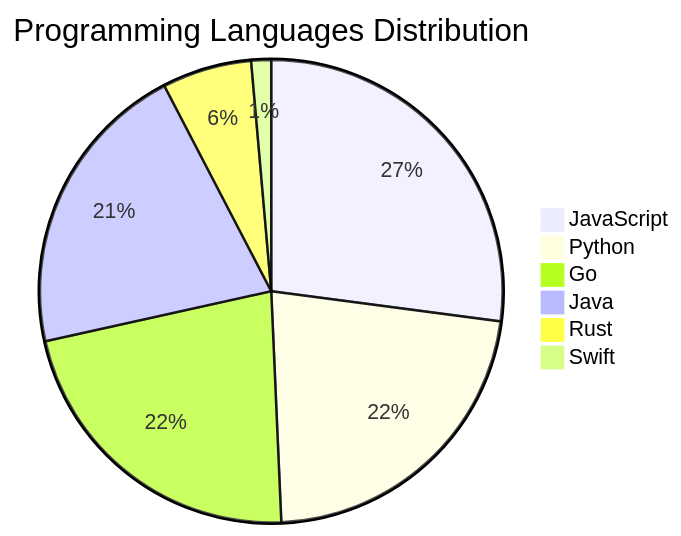
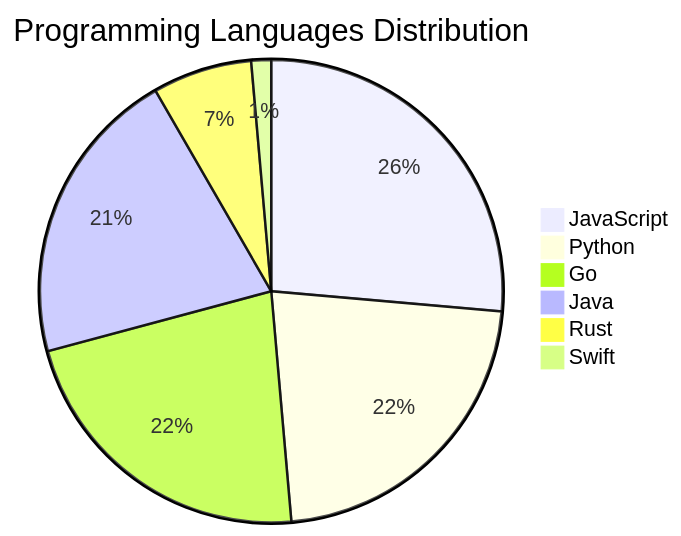
Before and after one commit to Derrick-MUGISHA/github-activity-bot: the diagram in README.md, drawn with Mermaid. The commit also changed other lines of this file and 4 other files, not shown here.

````diff
--- a/README.md
+++ b/README.md
@@ -206,9 +206,9 @@
 ```mermaid
 pie title Programming Languages Distribution
-    "JavaScript" : 39
+    "JavaScript" : 38
     "Python" : 32
     "Go" : 32
     "Java" : 30
-    "Rust" : 9
+    "Rust" : 10
     "Swift" : 2
 ```
````
